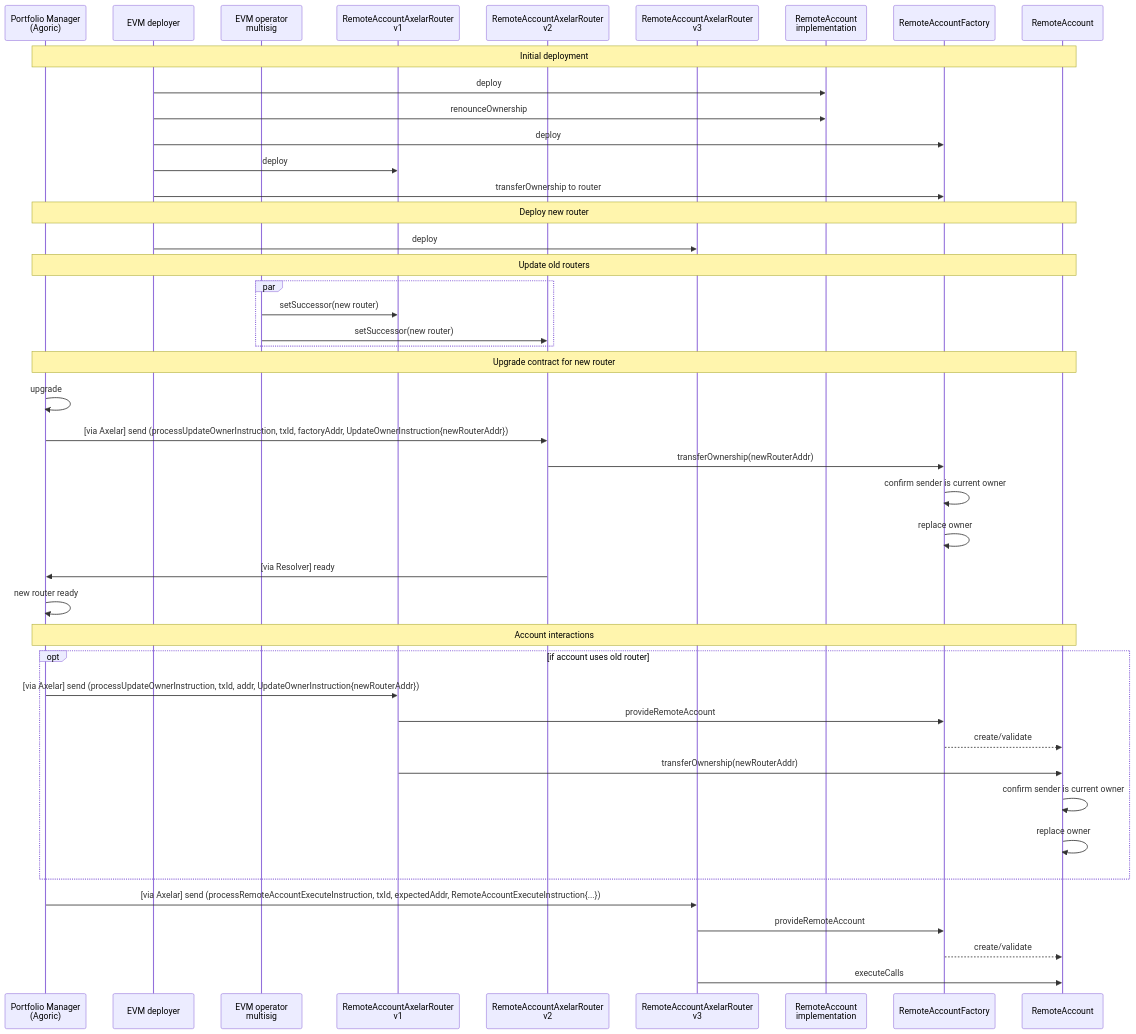
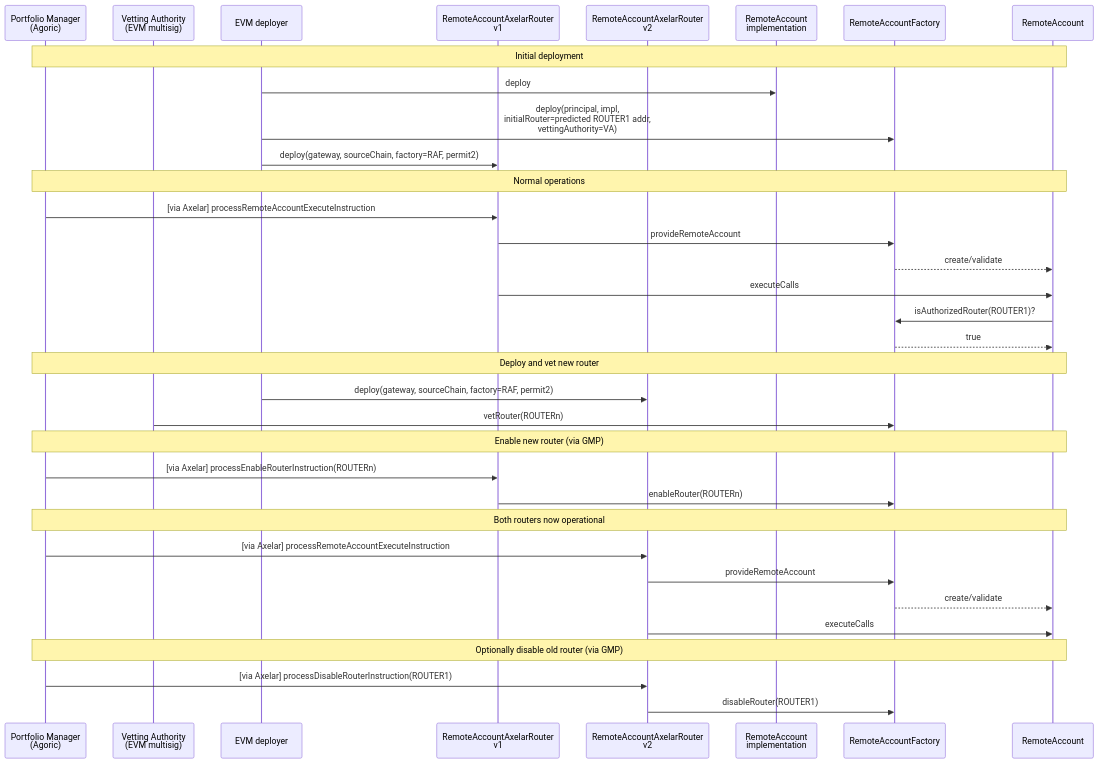
One commit to agoric-labs/agoric-to-axelar-local changed the ninth of 9 diagrams in packages/axelar-local-dev-cosmos/src/contracts/design.md. Above: the diagram before and after it, drawn with Mermaid. The commit also changed other lines of this file, not shown here.

````diff
--- a/packages/axelar-local-dev-cosmos/src/contracts/design.md
+++ b/packages/axelar-local-dev-cosmos/src/contracts/design.md
@@ -562,51 +616,42 @@
 ```mermaid
 sequenceDiagram
     participant PM as Portfolio Manager<br>(Agoric)
+    participant VA as Vetting Authority<br>(EVM multisig)
     participant EVM_DEPLOYER as EVM deployer
-    participant EVM_OPERATOR as EVM operator<br>multisig
     participant ROUTER1 as RemoteAccountAxelarRouter<br>v1
-    participant ROUTER2 as RemoteAccountAxelarRouter<br>v2
-    participant ROUTERn as RemoteAccountAxelarRouter<br>v3
+    participant ROUTERn as RemoteAccountAxelarRouter<br>v2
     participant IMP as RemoteAccount<br>implementation
     participant RAF as RemoteAccountFactory
     participant RA as RemoteAccount
 
     Note over PM,RA: Initial deployment
     EVM_DEPLOYER->>IMP: deploy
-    EVM_DEPLOYER->>IMP: renounceOwnership
-    EVM_DEPLOYER->>RAF: deploy
-    EVM_DEPLOYER->>ROUTER1: deploy
-    EVM_DEPLOYER->>RAF: transferOwnership to router
+    EVM_DEPLOYER->>RAF: deploy(principal, impl,<br>initialRouter=predicted ROUTER1 addr,<br>vettingAuthority=VA)
+    EVM_DEPLOYER->>ROUTER1: deploy(gateway, sourceChain, factory=RAF, permit2)
 
-    Note over PM,RA: Deploy new router
-    EVM_DEPLOYER->>ROUTERn: deploy
+    Note over PM,RA: Normal operations
+    PM->>ROUTER1: [via Axelar] processRemoteAccountExecuteInstruction
+    ROUTER1->>RAF: provideRemoteAccount
+    RAF-->>RA: create/validate
+    ROUTER1->>RA: executeCalls
+    RA->>RAF: isAuthorizedRouter(ROUTER1)?
+    RAF-->>RA: true
 
-    Note over PM,RA: Update old routers
-    par
-        EVM_OPERATOR->>ROUTER1: setSuccessor(new router)
-        EVM_OPERATOR->>ROUTER2: setSuccessor(new router)
-    end
+    Note over PM,RA: Deploy and vet new router
+    EVM_DEPLOYER->>ROUTERn: deploy(gateway, sourceChain, factory=RAF, permit2)
+    VA->>RAF: vetRouter(ROUTERn)
 
-    Note over PM,RA: Upgrade contract for new router
-    PM->>PM: upgrade
-    PM->>ROUTER2: [via Axelar] send (processUpdateOwnerInstruction, txId, factoryAddr, UpdateOwnerInstruction{newRouterAddr})
-    ROUTER2->>RAF: transferOwnership(newRouterAddr)
-    RAF->>RAF: confirm sender is current owner
-    RAF->>RAF: replace owner
-    ROUTER2->>PM: [via Resolver] ready
-    PM->>PM: new router ready
+    Note over PM,RA: Enable new router (via GMP)
+    PM->>ROUTER1: [via Axelar] processEnableRouterInstruction(ROUTERn)
+    ROUTER1->>RAF: enableRouter(ROUTERn)
 
-    Note over PM,RA: Account interactions
-    opt if account uses old router
-        PM->>ROUTER1: [via Axelar] send (processUpdateOwnerInstruction, txId, addr, UpdateOwnerInstruction{newRouterAddr})
-        ROUTER1->>RAF: provideRemoteAccount
-        RAF-->>RA: create/validate
-        ROUTER1->>RA: transferOwnership(newRouterAddr)
-        RA->>RA: confirm sender is current owner
-        RA->>RA: replace owner
-    end
-    PM->>ROUTERn: [via Axelar] send (processRemoteAccountExecuteInstruction, txId, expectedAddr, RemoteAccountExecuteInstruction{...})
+    Note over PM,RA: Both routers now operational
+    PM->>ROUTERn: [via Axelar] processRemoteAccountExecuteInstruction
     ROUTERn->>RAF: provideRemoteAccount
     RAF-->>RA: create/validate
     ROUTERn->>RA: executeCalls
+
+    Note over PM,RA: Optionally disable old router (via GMP)
+    PM->>ROUTERn: [via Axelar] processDisableRouterInstruction(ROUTER1)
+    ROUTERn->>RAF: disableRouter(ROUTER1)
 ```
````
